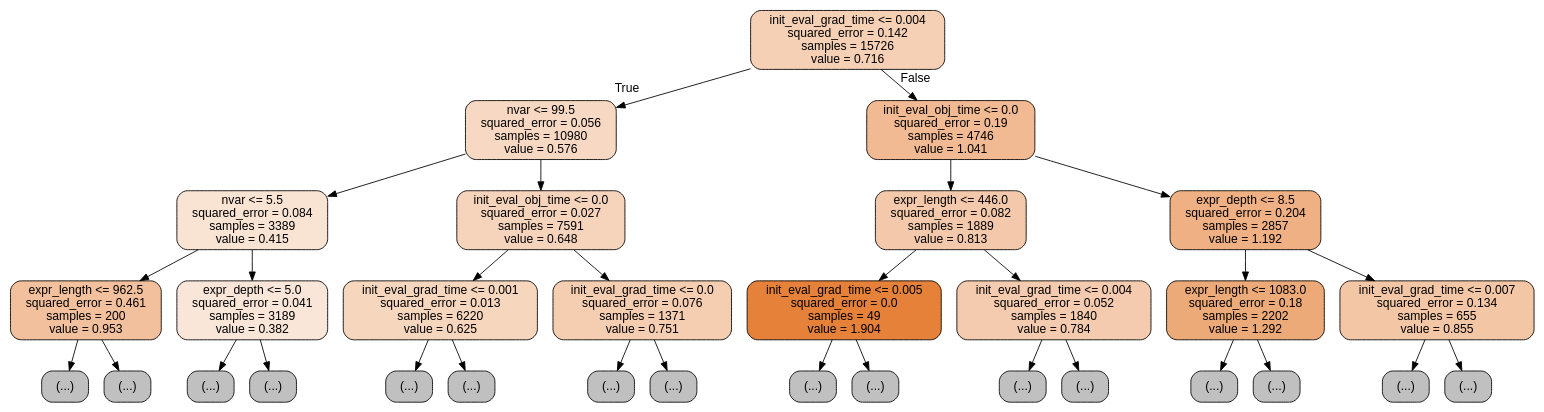
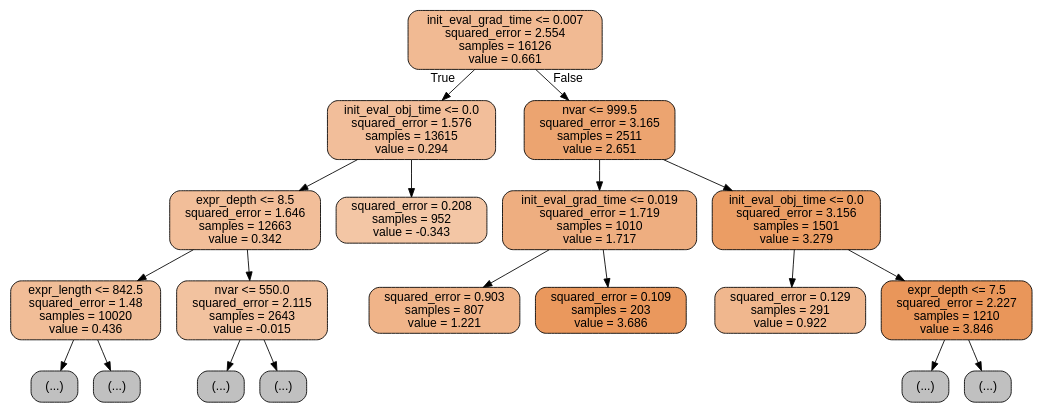
One commit to nishanmudalige/OptimizationParameterTuning changed the diagram in Julia Notebook/src/regression_tree.dot. Above: the diagram before and after it, drawn with Graphviz. The commit also changed 2 other files, not shown here.

```diff
--- a/Julia Notebook/src/regression_tree.dot
+++ b/Julia Notebook/src/regression_tree.dot
@@ -1,65 +1,41 @@
 digraph Tree {
 node [shape=box, style="filled, rounded", color="black", fontname="helvetica"] ;
 edge [fontname="helvetica"] ;
-0 [label="init_eval_grad_time <= 0.004\nsquared_error = 0.142\nsamples = 15726\nvalue = 0.716", fillcolor="#f5d0b5"] ;
-1 [label="nvar <= 99.5\nsquared_error = 0.056\nsamples = 10980\nvalue = 0.576", fillcolor="#f7d9c3"] ;
+0 [label="init_eval_grad_time <= 0.007\nsquared_error = 2.554\nsamples = 16126\nvalue = 0.661", fillcolor="#f1ba93"] ;
+1 [label="init_eval_obj_time <= 0.0\nsquared_error = 1.576\nsamples = 13615\nvalue = 0.294", fillcolor="#f2be9a"] ;
 0 -> 1 [labeldistance=2.5, labelangle=45, headlabel="True"] ;
-2 [label="nvar <= 5.5\nsquared_error = 0.084\nsamples = 3389\nvalue = 0.415", fillcolor="#f9e4d4"] ;
+2 [label="expr_depth <= 8.5\nsquared_error = 1.646\nsamples = 12663\nvalue = 0.342", fillcolor="#f2be99"] ;
 1 -> 2 ;
-3 [label="expr_length <= 962.5\nsquared_error = 0.461\nsamples = 200\nvalue = 0.953", fillcolor="#f2c09c"] ;
+3 [label="expr_length <= 842.5\nsquared_error = 1.48\nsamples = 10020\nvalue = 0.436", fillcolor="#f1bd97"] ;
 2 -> 3 ;
 4 [label="(...)", fillcolor="#C0C0C0"] ;
 3 -> 4 ;
-19 [label="(...)", fillcolor="#C0C0C0"] ;
-3 -> 19 ;
-36 [label="expr_depth <= 5.0\nsquared_error = 0.041\nsamples = 3189\nvalue = 0.382", fillcolor="#fae6d8"] ;
-2 -> 36 ;
-37 [label="(...)", fillcolor="#C0C0C0"] ;
-36 -> 37 ;
+31 [label="(...)", fillcolor="#C0C0C0"] ;
+3 -> 31 ;
+40 [label="nvar <= 550.0\nsquared_error = 2.115\nsamples = 2643\nvalue = -0.015", fillcolor="#f2c29f"] ;
+2 -> 40 ;
+41 [label="(...)", fillcolor="#C0C0C0"] ;
+40 -> 41 ;
+52 [label="(...)", fillcolor="#C0C0C0"] ;
+40 -> 52 ;
+53 [label="squared_error = 0.208\nsamples = 952\nvalue = -0.343", fillcolor="#f3c6a5"] ;
+1 -> 53 ;
+54 [label="nvar <= 999.5\nsquared_error = 3.165\nsamples = 2511\nvalue = 2.651", fillcolor="#eca470"] ;
+0 -> 54 [labeldistance=2.5, labelangle=-45, headlabel="False"] ;
+55 [label="init_eval_grad_time <= 0.019\nsquared_error = 1.719\nsamples = 1010\nvalue = 1.717", fillcolor="#eeae80"] ;
+54 -> 55 ;
+56 [label="squared_error = 0.903\nsamples = 807\nvalue = 1.221", fillcolor="#f0b489"] ;
+55 -> 56 ;
+57 [label="squared_error = 0.109\nsamples = 203\nvalue = 3.686", fillcolor="#ea985d"] ;
+55 -> 57 ;
+58 [label="init_eval_obj_time <= 0.0\nsquared_error = 3.156\nsamples = 1501\nvalue = 3.279", fillcolor="#eb9d64"] ;
+54 -> 58 ;
+59 [label="squared_error = 0.129\nsamples = 291\nvalue = 0.922", fillcolor="#f0b78e"] ;
+58 -> 59 ;
+60 [label="expr_depth <= 7.5\nsquared_error = 2.227\nsamples = 1210\nvalue = 3.846", fillcolor="#e9965a"] ;
+58 -> 60 ;
+61 [label="(...)", fillcolor="#C0C0C0"] ;
+60 -> 61 ;
 64 [label="(...)", fillcolor="#C0C0C0"] ;
-36 -> 64 ;
-121 [label="init_eval_obj_time <= 0.0\nsquared_error = 0.027\nsamples = 7591\nvalue = 0.648", fillcolor="#f6d4bc"] ;
-1 -> 121 ;
-122 [label="init_eval_grad_time <= 0.001\nsquared_error = 0.013\nsamples = 6220\nvalue = 0.625", fillcolor="#f7d6be"] ;
-121 -> 122 ;
-123 [label="(...)", fillcolor="#C0C0C0"] ;
-122 -> 123 ;
-184 [label="(...)", fillcolor="#C0C0C0"] ;
-122 -> 184 ;
-237 [label="init_eval_grad_time <= 0.0\nsquared_error = 0.076\nsamples = 1371\nvalue = 0.751", fillcolor="#f5cdb1"] ;
-121 -> 237 ;
-238 [label="(...)", fillcolor="#C0C0C0"] ;
-237 -> 238 ;
-265 [label="(...)", fillcolor="#C0C0C0"] ;
-237 -> 265 ;
-316 [label="init_eval_obj_time <= 0.0\nsquared_error = 0.19\nsamples = 4746\nvalue = 1.041", fillcolor="#f1ba93"] ;
-0 -> 316 [labeldistance=2.5, labelangle=-45, headlabel="False"] ;
-317 [label="expr_length <= 446.0\nsquared_error = 0.082\nsamples = 1889\nvalue = 0.813", fillcolor="#f4c9ab"] ;
-316 -> 317 ;
-318 [label="init_eval_grad_time <= 0.005\nsquared_error = 0.0\nsamples = 49\nvalue = 1.904", fillcolor="#e58139"] ;
-317 -> 318 ;
-319 [label="(...)", fillcolor="#C0C0C0"] ;
-318 -> 319 ;
-322 [label="(...)", fillcolor="#C0C0C0"] ;
-318 -> 322 ;
-325 [label="init_eval_grad_time <= 0.004\nsquared_error = 0.052\nsamples = 1840\nvalue = 0.784", fillcolor="#f4cbae"] ;
-317 -> 325 ;
-326 [label="(...)", fillcolor="#C0C0C0"] ;
-325 -> 326 ;
-353 [label="(...)", fillcolor="#C0C0C0"] ;
-325 -> 353 ;
-404 [label="expr_depth <= 8.5\nsquared_error = 0.204\nsamples = 2857\nvalue = 1.192", fillcolor="#efb083"] ;
-316 -> 404 ;
-405 [label="expr_length <= 1083.0\nsquared_error = 0.18\nsamples = 2202\nvalue = 1.292", fillcolor="#edaa79"] ;
-404 -> 405 ;
-406 [label="(...)", fillcolor="#C0C0C0"] ;
-405 -> 406 ;
-455 [label="(...)", fillcolor="#C0C0C0"] ;
-405 -> 455 ;
-486 [label="init_eval_grad_time <= 0.007\nsquared_error = 0.134\nsamples = 655\nvalue = 0.855", fillcolor="#f3c7a6"] ;
-404 -> 486 ;
-487 [label="(...)", fillcolor="#C0C0C0"] ;
-486 -> 487 ;
-522 [label="(...)", fillcolor="#C0C0C0"] ;
-486 -> 522 ;
+60 -> 64 ;
 }
```
